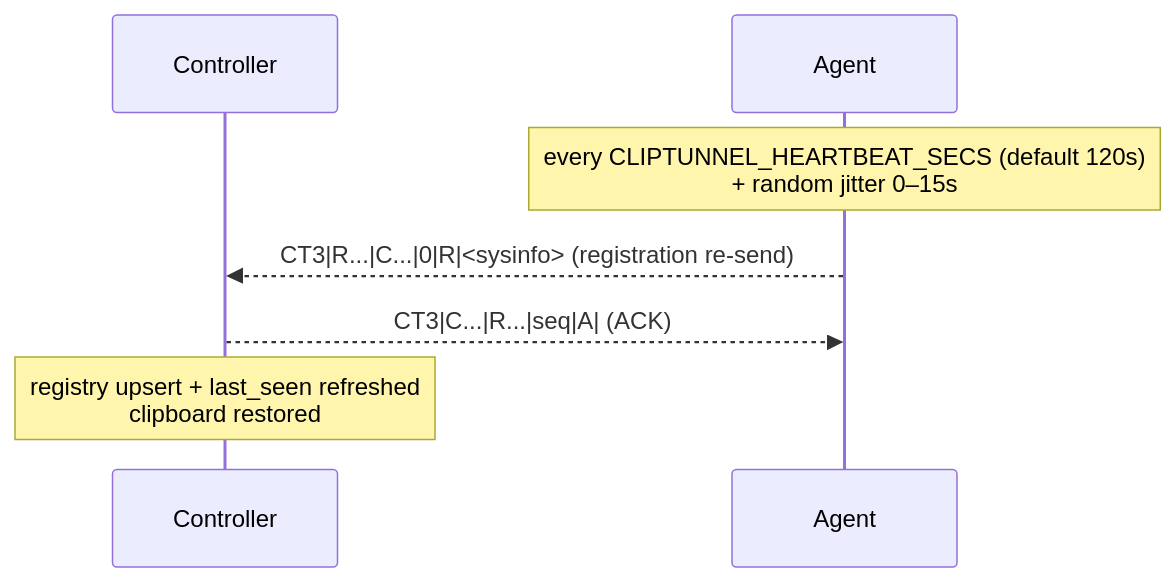
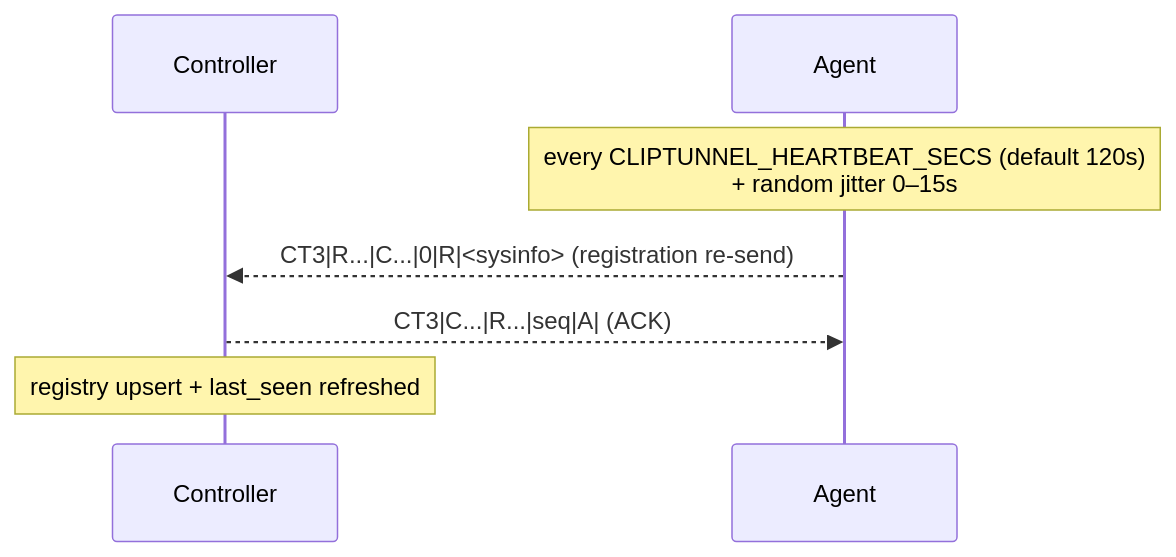
The third of 4 diagrams in README.md (jordi-murgo/cliptunnel-mcp), drawn with Mermaid before and after one commit. The commit also changed other lines of this file, not shown here.

````diff
--- a/README.md
+++ b/README.md
@@ -91,10 +91,10 @@
 ```mermaid
 sequenceDiagram
     participant C as Controller
     participant A as Agent
 
     Note over A: every CLIPTUNNEL_HEARTBEAT_SECS (default 120s)<br/>+ random jitter 0–15s
     A-->>C: CT3|R...|C...|0|R|<sysinfo> (registration re-send)
     C-->>A: CT3|C...|R...|seq|A| (ACK)
-    Note over C: registry upsert + last_seen refreshed<br/>clipboard restored
+    Note over C: registry upsert + last_seen refreshed
 ```
````
